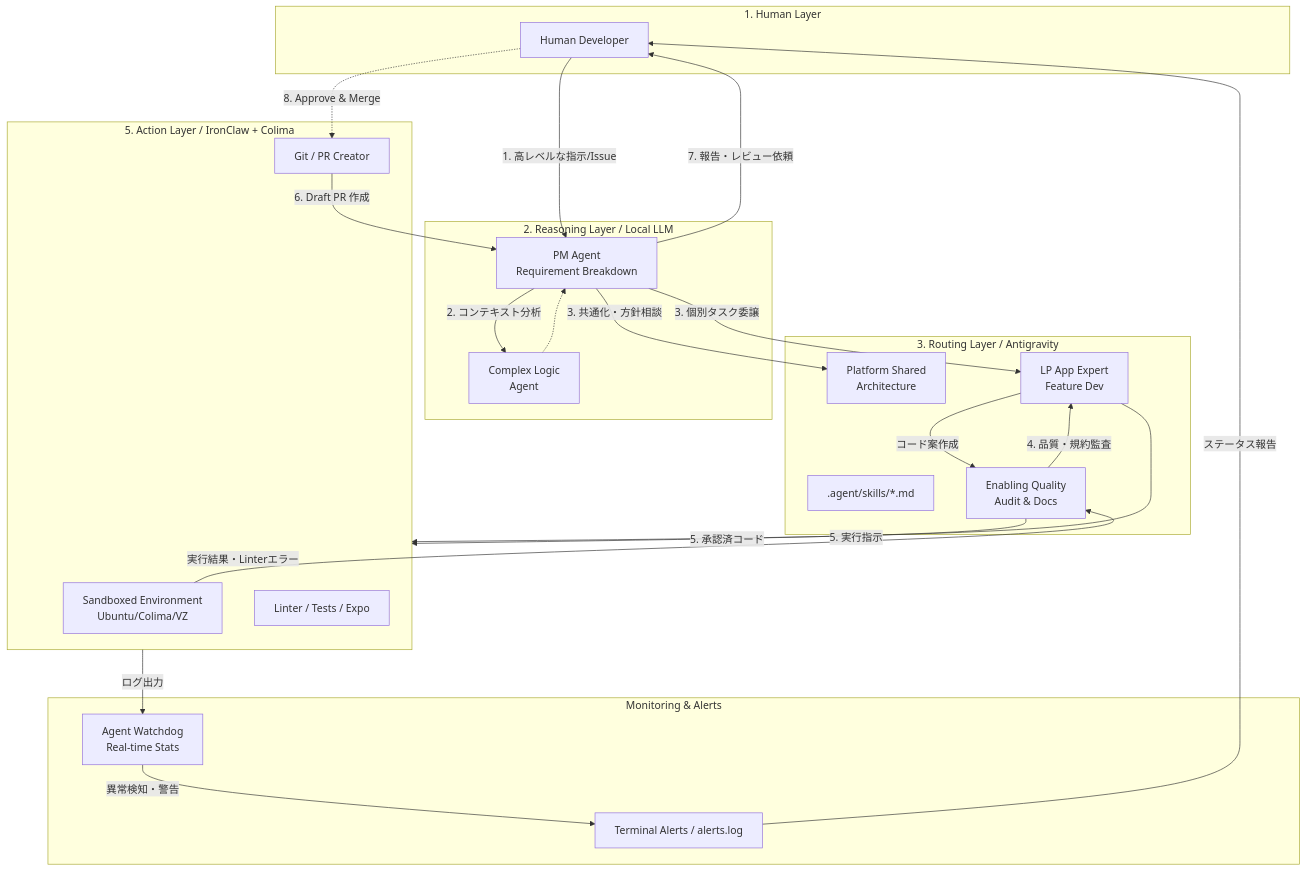
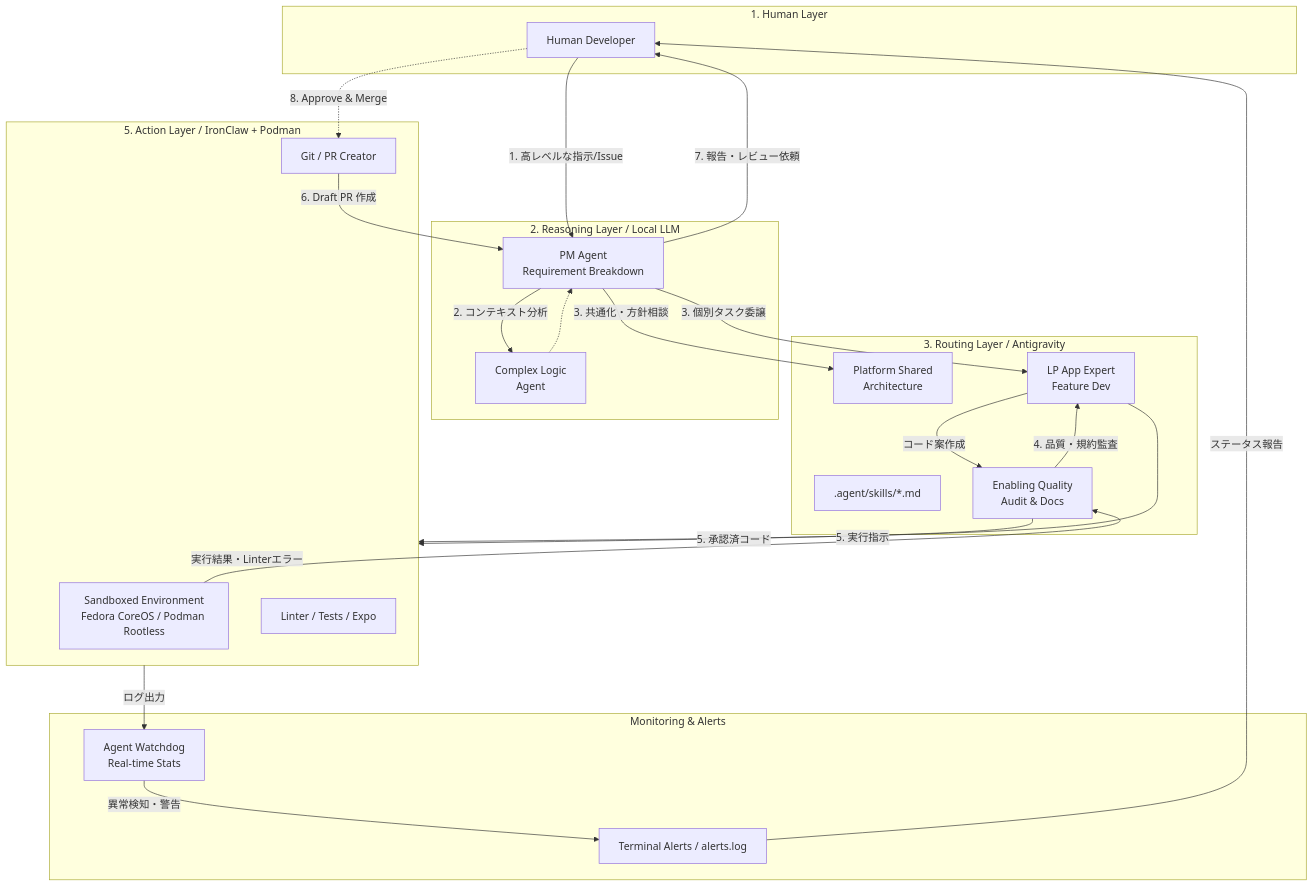
The diagram in docs/architecture/autonomous_system.md (yama-0t0k0/forAgent), drawn with Mermaid before and after one commit. The commit also changed other lines of this file and 5 other files, not shown here.

Commit message:
feat(infra): migrate container runtime from Colima to Podman (Rootless)

````diff
--- a/docs/architecture/autonomous_system.md
+++ b/docs/architecture/autonomous_system.md
@@ -47,54 +48,54 @@
 ```mermaid
 graph TD
     %% レイヤー定義
     subgraph Human[1. Human Layer]
         User[Human Developer]
     end
 
     subgraph Reasoning[2. Reasoning Layer / Local LLM]
         PM[PM Agent<br/>Requirement Breakdown]
         Complex[Complex Logic<br/>Agent]
     end
 
     subgraph Routing[3. Routing Layer / Antigravity]
         SkillDir[.agent/skills/*.md]
         Enabling[Enabling Quality<br/>Audit & Docs]
         Shared[Platform Shared<br/>Architecture]
         AppExp[LP App Expert<br/>Feature Dev]
     end
 
-    subgraph Action[5. Action Layer / IronClaw + Colima]
-        Sandbox[Sandboxed Environment<br/>Ubuntu/Colima/VZ]
+    subgraph Action[5. Action Layer / IronClaw + Podman]
+        Sandbox[Sandboxed Environment<br/>Fedora CoreOS / Podman Rootless]
         Git[Git / PR Creator]
         Tools[Linter / Tests / Expo]
     end
 
     subgraph Monitor[Monitoring & Alerts]
         Watchdog[Agent Watchdog<br/>Real-time Stats]
         Alerts[Terminal Alerts / alerts.log]
     end
 
     %% データフロー
     User -- "1. 高レベルな指示/Issue" --> PM
     PM -- "2. コンテキスト分析" --> Complex
     Complex -.-> PM
     
     PM -- "3. 個別タスク委譲" --> AppExp
     PM -- "3. 共通化・方針相談" --> Shared
     
     AppExp -- "コード案作成" --> Enabling
     Enabling -- "4. 品質・規約監査" --> AppExp
     
     Enabling -- "5. 承認済コード" --> Action
     AppExp -- "5. 実行指示" --> Action
     
     Action -- "ログ出力" --> Watchdog
     Watchdog -- "異常検知・警告" --> Alerts
     Alerts -- "ステータス報告" --> User
     
     Sandbox -- "実行結果・Linterエラー" --> Enabling
     Git -- "6. Draft PR 作成" --> PM
     
     PM -- "7. 報告・レビュー依頼" --> User
     User -. "8. Approve & Merge" .-> Git
 ```
````
